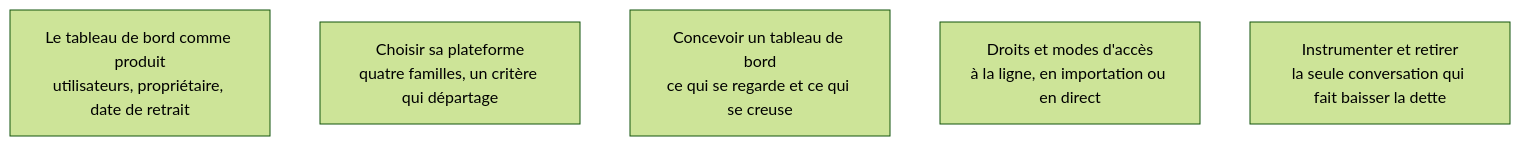
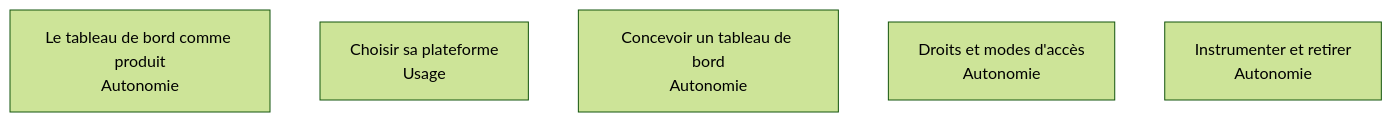
One commit to floSa/Atlas-Metiers-Roadmaps changed the diagram in content/parcours/bi-analyst/restitution/index.md. Above: the diagram before and after it, drawn with Mermaid (forest theme). The commit also changed 20 other files, not shown here.

````diff
--- a/content/parcours/bi-analyst/restitution/index.md
+++ b/content/parcours/bi-analyst/restitution/index.md
@@ -11,14 +11,14 @@
 ```mermaid
 flowchart TD
-  P["Le tableau de bord comme produit<br/>utilisateurs, propriétaire, date de retrait"]
-  C["Choisir sa plateforme<br/>quatre familles, un critère qui départage"]
-  D["Concevoir un tableau de bord<br/>ce qui se regarde et ce qui se creuse"]
-  A["Droits et modes d'accès<br/>à la ligne, en importation ou en direct"]
-  I["Instrumenter et retirer<br/>la seule conversation qui fait baisser la dette"]
+  P["Le tableau de bord comme produit<br/>Autonomie"]
+  C["Choisir sa plateforme<br/>Usage"]
+  D["Concevoir un tableau de bord<br/>Autonomie"]
+  A["Droits et modes d'accès<br/>Autonomie"]
+  I["Instrumenter et retirer<br/>Autonomie"]
 
   click P "/parcours/bi-analyst/restitution/le-tableau-de-bord-comme-produit"
   click C "/parcours/bi-analyst/restitution/choisir-sa-plateforme"
   click D "/parcours/bi-analyst/restitution/concevoir-un-tableau-de-bord"
   click A "/parcours/bi-analyst/restitution/droits-et-modes-d-acces"
   click I "/parcours/bi-analyst/restitution/instrumenter-et-retirer"
 ```
````
